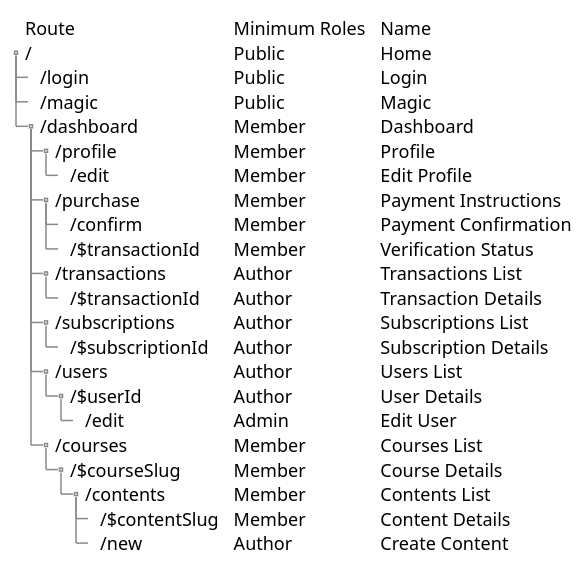
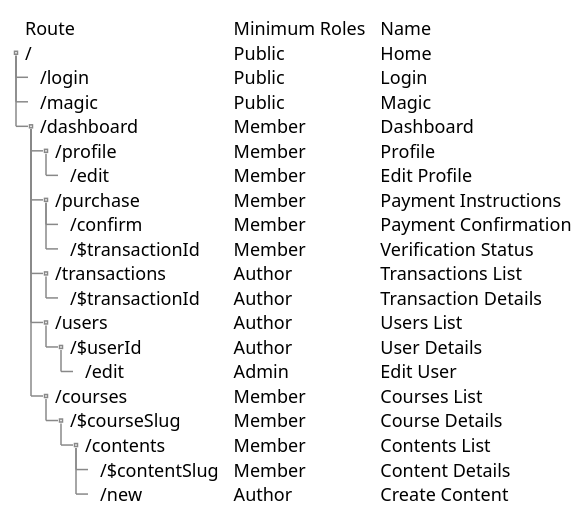
The diagram in docs/diagrams/routes-table.puml (zainfathoni/kelas.rumahberbagi.com), drawn with PlantUML before and after one commit.

Commit message:
docs: remove unnecessary subscriptions route

```diff
--- a/docs/diagrams/routes-table.puml
+++ b/docs/diagrams/routes-table.puml
@@ -1,28 +1,26 @@
 @startsalt "Route Navigation"
 {
 {T
 + Route               | Minimum Roles | Name
 + /                   | Public        | Home
 ++ /login             | Public        | Login
 ++ /magic             | Public        | Magic
 ++ /dashboard         | Member        | Dashboard
 +++ /profile          | Member        | Profile
 ++++ /edit            | Member        | Edit Profile
 +++ /purchase         | Member        | Payment Instructions
 ++++ /confirm         | Member        | Payment Confirmation
 ++++ /$transactionId  | Member        | Verification Status
 +++ /transactions     | Author        | Transactions List
 ++++ /$transactionId  | Author        | Transaction Details
-+++ /subscriptions    | Author        | Subscriptions List
-++++ /$subscriptionId | Author        | Subscription Details
 +++ /users            | Author        | Users List
 ++++ /$userId         | Author        | User Details
 +++++ /edit           | Admin         | Edit User
 +++ /courses          | Member        | Courses List
 ++++ /$courseSlug     | Member        | Course Details
 +++++ /contents       | Member        | Contents List
 ++++++ /$contentSlug  | Member        | Content Details
 ++++++ /new           | Author        | Create Content
 }
 }
 @endsalt
```
